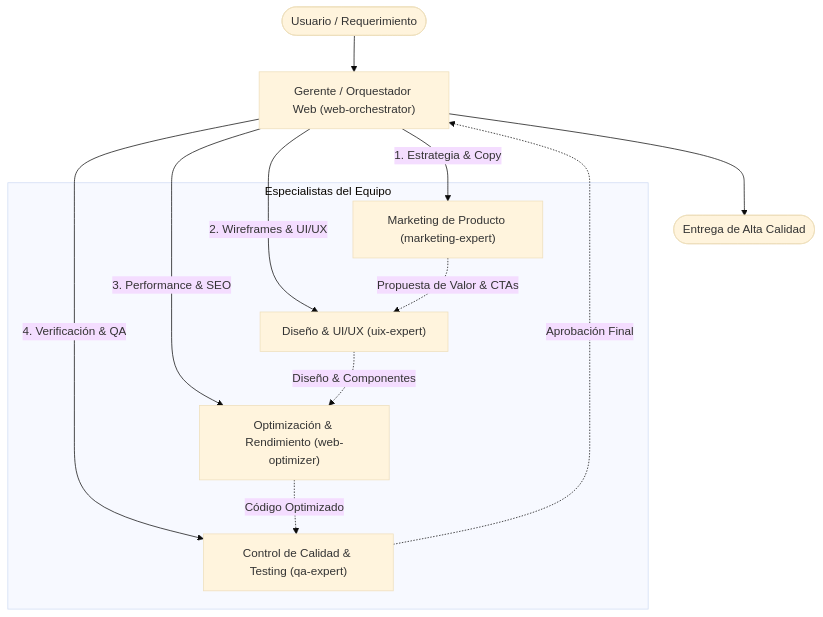
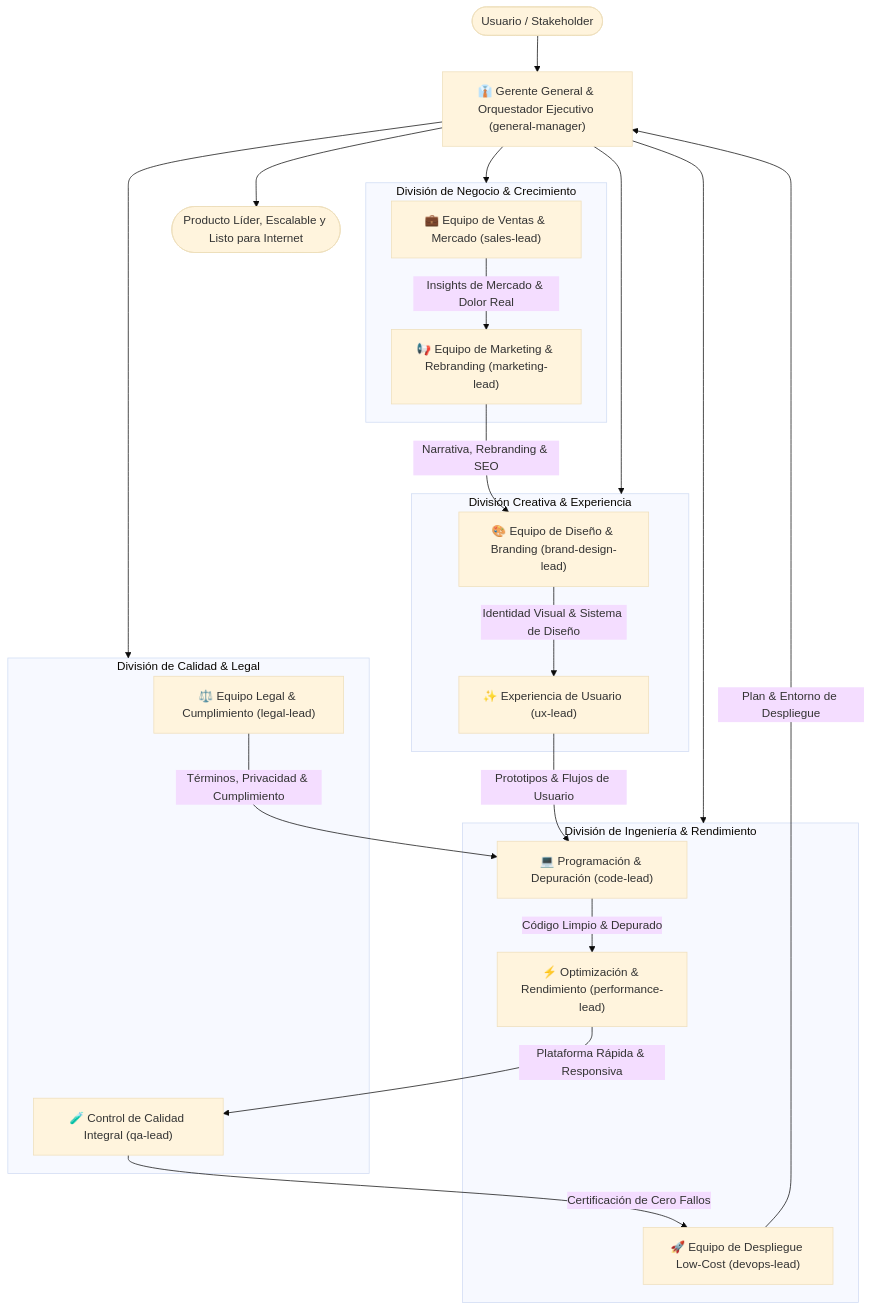
Before and after one commit to ByCarlox/Zero-IA: the diagram in AGENTS.md, drawn with Mermaid (base theme). The commit also changed other lines of this file and 10 other files, not shown here.

Commit message:
feat(rebranding): Reestructuración integral Kriterion v3.2 Pro, gobernanza multiagente, modales legales y optimización low-cost

````diff
--- a/AGENTS.md
+++ b/AGENTS.md
@@ -9,23 +9,41 @@
 ```mermaid
 flowchart TD
-    User([Usuario / Requerimiento]) --> Orchestrator["Gerente / Orquestador Web (web-orchestrator)"]
+    User([Usuario / Stakeholder]) --> CEO["👔 Gerente General & Orquestador Ejecutivo (general-manager)"]
     
-    subgraph Especialistas del Equipo
-        Mkt["Marketing de Producto (marketing-expert)"]
-        UIX["Diseño & UI/UX (uix-expert)"]
-        Opt["Optimización & Rendimiento (web-optimizer)"]
-        QA["Control de Calidad & Testing (qa-expert)"]
+    subgraph DivisionNegocio["División de Negocio & Crecimiento"]
+        Ventas["💼 Equipo de Ventas & Mercado (sales-lead)"]
+        Mkt["📢 Equipo de Marketing & Rebranding (marketing-lead)"]
     end
-    
-    Orchestrator -->|1. Estrategia & Copy| Mkt
-    Orchestrator -->|2. Wireframes & UI/UX| UIX
-    Orchestrator -->|3. Performance & SEO| Opt
-    Orchestrator -->|4. Verificación & QA| QA
-    
-    Mkt -.->|Propuesta de Valor & CTAs| UIX
-    UIX -.->|Diseño & Componentes| Opt
-    Opt -.->|Código Optimizado| QA
-    QA -.->|Aprobación Final| Orchestrator
-    
-    Orchestrator --> Output([Entrega de Alta Calidad])
+
+    subgraph DivisionCreativa["División Creativa & Experiencia"]
+        Diseno["🎨 Equipo de Diseño & Branding (brand-design-lead)"]
+        UX["✨ Experiencia de Usuario (ux-lead)"]
+    end
+
+    subgraph DivisionTecnica["División de Ingeniería & Rendimiento"]
+        Dev["💻 Programación & Depuración (code-lead)"]
+        Opt["⚡ Optimización & Rendimiento (performance-lead)"]
+        DevOps["🚀 Equipo de Despliegue Low-Cost (devops-lead)"]
+    end
+
+    subgraph DivisionGobernanza["División de Calidad & Legal"]
+        QA["🧪 Control de Calidad Integral (qa-lead)"]
+        Legal["⚖️ Equipo Legal & Cumplimiento (legal-lead)"]
+    end
+
+    CEO --> DivisionNegocio
+    CEO --> DivisionCreativa
+    CEO --> DivisionTecnica
+    CEO --> DivisionGobernanza
+
+    Ventas -->|Insights de Mercado & Dolor Real| Mkt
+    Mkt -->|Narrativa, Rebranding & SEO| Diseno
+    Diseno -->|Identidad Visual & Sistema de Diseño| UX
+    UX -->|Prototipos & Flujos de Usuario| Dev
+    Legal -->|Términos, Privacidad & Cumplimiento| Dev
+    Dev -->|Código Limpio & Depurado| Opt
+    Opt -->|Plataforma Rápida & Responsiva| QA
+    QA -->|Certificación de Cero Fallos| DevOps
+    DevOps -->|Plan & Entorno de Despliegue| CEO
+    CEO --> Output([Producto Líder, Escalable y Listo para Internet])
 ```
````
